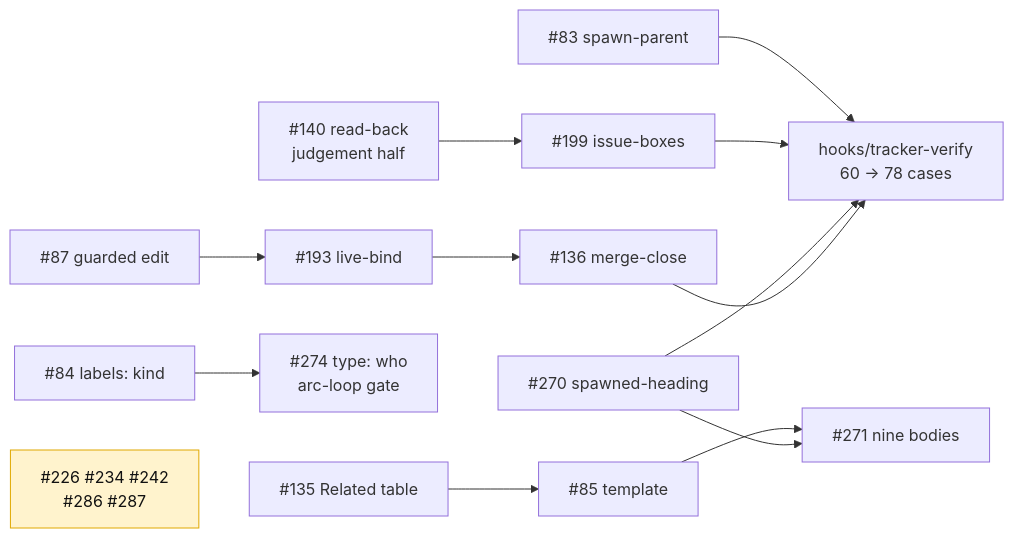
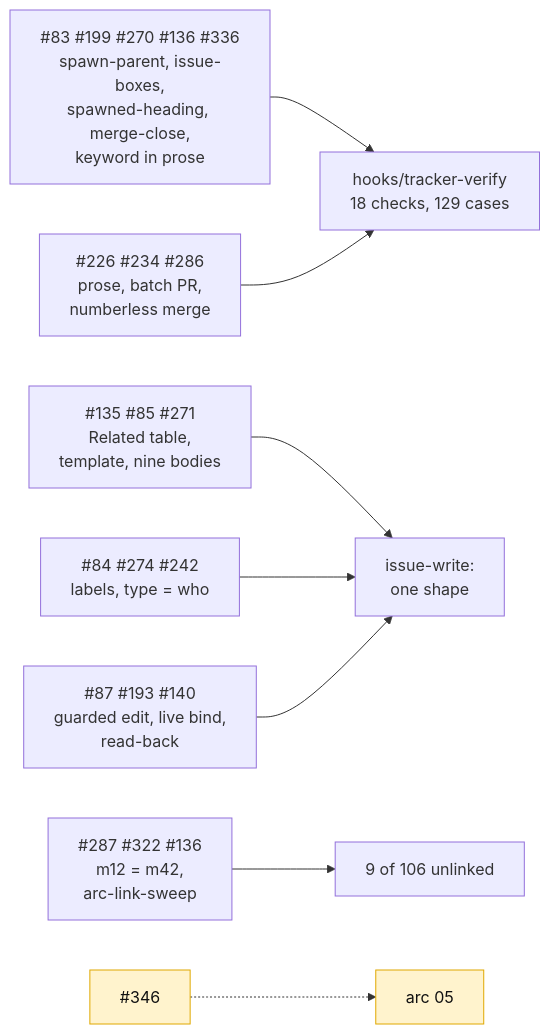
One commit to Calyx-Engineering/arc changed the seventh of 8 diagrams in docs/arc-log/arc-04-dogfood.md. Above: the diagram before and after it, drawn with Mermaid. The commit also changed other lines of this file and 1 other file, not shown here.

First line of the commit message:
docs: Tracker's one boundary report, in the reviewed shape (#147)

````diff
--- a/docs/arc-log/arc-04-dogfood.md
+++ b/docs/arc-log/arc-04-dogfood.md
@@ -557,14 +565,11 @@
 ```mermaid
 flowchart LR
-    A["#83 spawn-parent"] --> H["hooks/tracker-verify<br/>60 → 78 cases"]
-    B["#199 issue-boxes"] --> H
-    C["#270 spawned-heading"] --> H
-    D["#136 merge-close"] --> H
-    E["#140 read-back<br/>judgement half"] --> B
-    F["#135 Related table"] --> G["#85 template"] --> I["#271 nine bodies"]
-    C --> I
-    J["#84 labels: kind"] --> K["#274 type: who<br/>arc-loop gate"]
-    L["#87 guarded edit"] --> M["#193 live-bind"] --> D
-    N["#226 #234 #242<br/>#286 #287"]:::blocked
+    A["#83 #199 #270 #136 #336<br/>spawn-parent, issue-boxes,<br/>spawned-heading, merge-close,<br/>keyword in prose"] --> H["hooks/tracker-verify<br/>18 checks, 129 cases"]
+    B["#226 #234 #286<br/>prose, batch PR,<br/>numberless merge"] --> H
+    C["#135 #85 #271<br/>Related table,<br/>template, nine bodies"] --> I["issue-write:<br/>one shape"]
+    D["#84 #274 #242<br/>labels, type = who"] --> I
+    E["#87 #193 #140<br/>guarded edit, live bind,<br/>read-back"] --> I
+    F["#287 #322 #136<br/>m12 = m42,<br/>arc-link-sweep"] --> J["9 of 106 unlinked"]
+    G["#346"]:::blocked -.-> K["arc 05"]:::blocked
     classDef blocked fill:#fff3cd,stroke:#e0a800,color:#111
 ```
````
